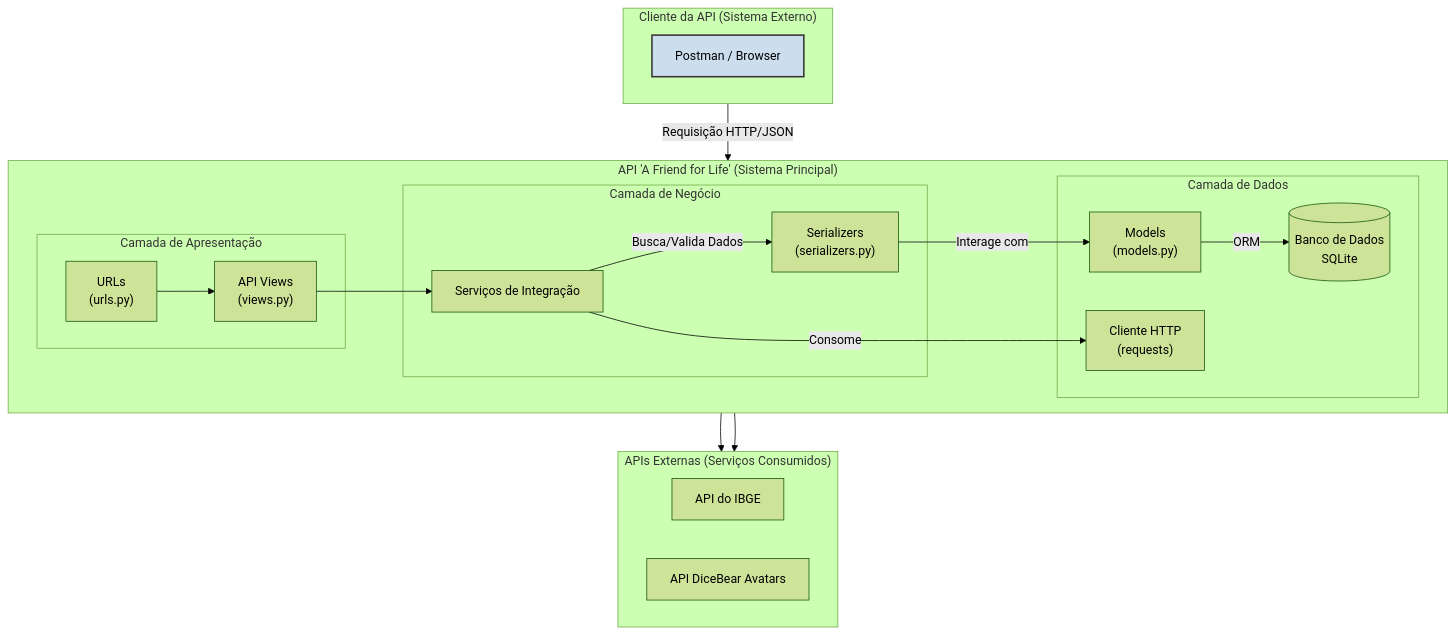
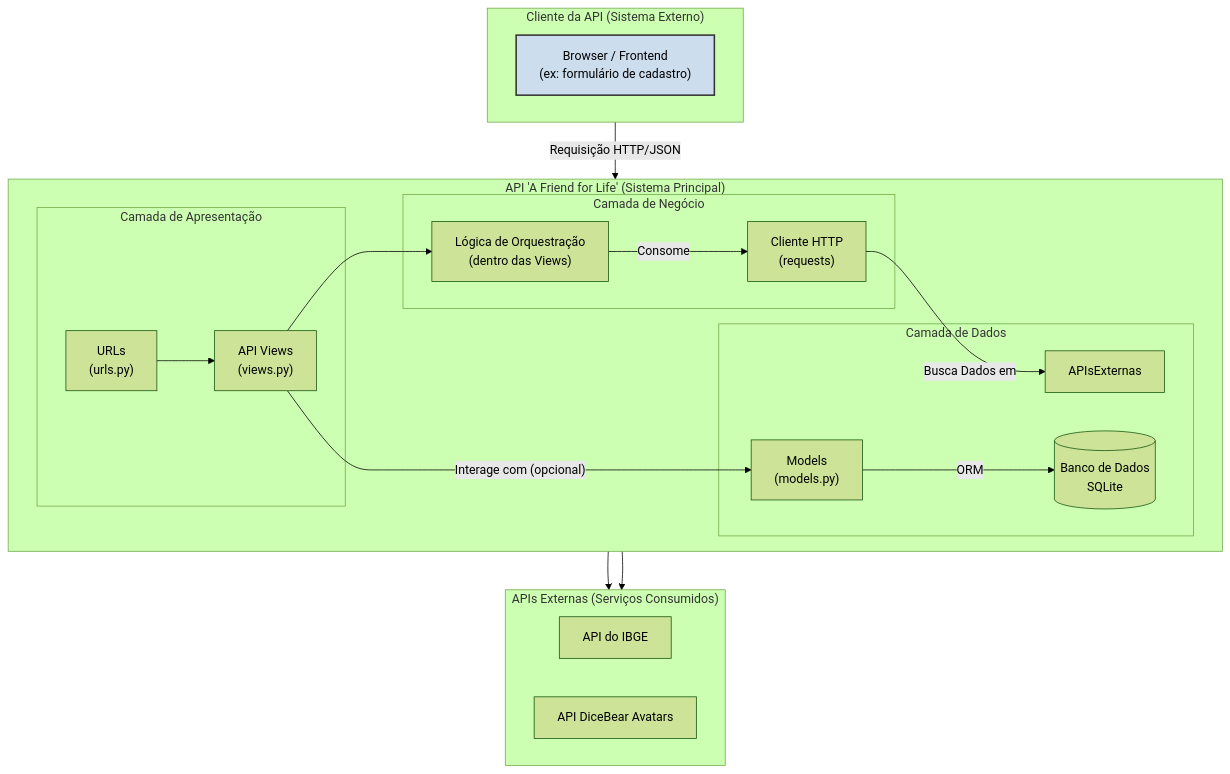
One commit to Yuridevpro/api_friend_for_life changed the diagram in docs/architecture.md. Above: the diagram before and after it, drawn with Mermaid (forest theme). The commit also changed other lines of this file, not shown here.

````diff
--- a/docs/architecture.md
+++ b/docs/architecture.md
@@ -18,36 +13,36 @@
 ```mermaid
 graph TD
     subgraph "Cliente da API (Sistema Externo)"
         direction LR
-        Client["Postman / Browser<br>"]
+        Client["Browser / Frontend<br>(ex: formulário de cadastro)"]
     end
 
     subgraph "API 'A Friend for Life' (Sistema Principal)"
         direction LR
         
         subgraph "Camada de Apresentação"
             A["URLs<br>(urls.py)"] --> B["API Views<br>(views.py)"];
         end
 
         subgraph "Camada de Negócio"
-            B --> C["Serviços de Integração"];
-            C -- "Busca/Valida Dados" --> D["Serializers<br>(serializers.py)"];
+            B --> C["Lógica de Orquestração<br>(dentro das Views)"];
+            C -- "Consome" --> D["Cliente HTTP<br>(requests)"];
         end
 
         subgraph "Camada de Dados"
-            D -- "Interage com" --> E["Models<br>(models.py)"];
+            D -- "Busca Dados em" --> APIsExternas;
+            B -- "Interage com (opcional)" --> E["Models<br>(models.py)"];
             E -- ORM --> F[("Banco de Dados<br>SQLite")];
-            C -- "Consome" --> G["Cliente HTTP<br>(requests)"];
         end
     end
 
     subgraph "APIs Externas (Serviços Consumidos)"
         direction LR
-        G --> H["API do IBGE"];
-        G --> I["API DiceBear Avatars"];
+        APIsExternas --> IBGE["API do IBGE"];
+        APIsExternas --> DiceBear["API DiceBear Avatars"];
     end
 
     Client -- "Requisição HTTP/JSON" --> A;
 
     style Client fill:#cde,stroke:#333,stroke-width:2px
 ```
````
